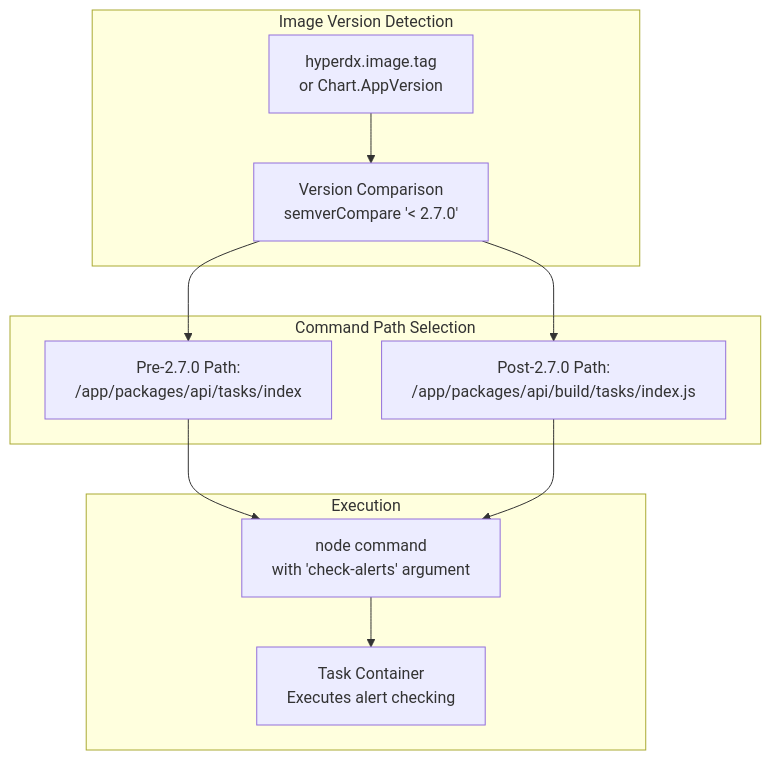
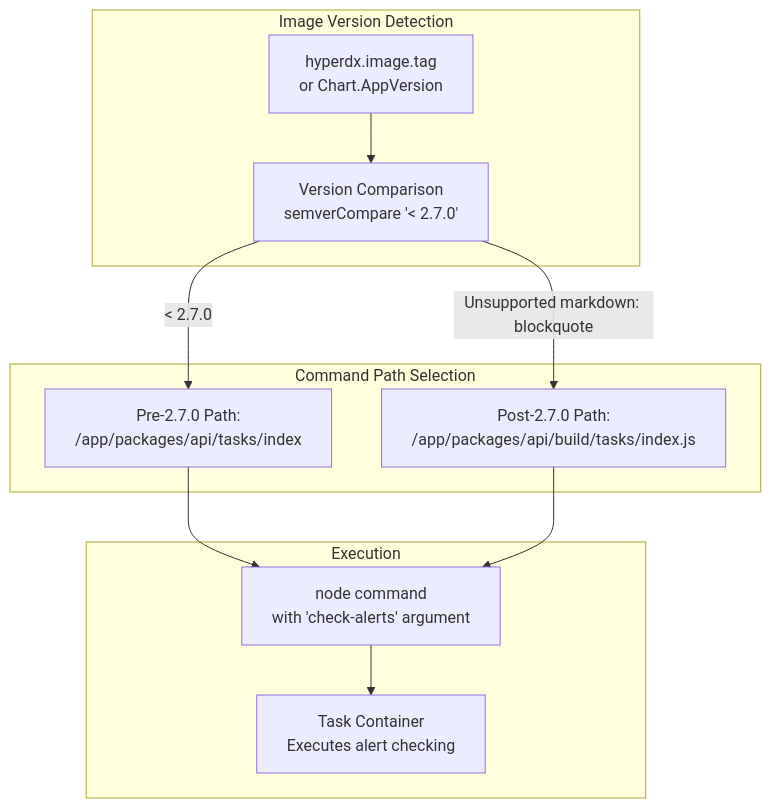
The second of 4 diagrams in docs/hyperdxio-helm-charts-docs/Scheduled-Tasks-Configuration.md (openchoreo/openchoreo), drawn with Mermaid before and after one commit. The commit also changed other lines of this file and 85 other files, not shown here.

Commit message:
feat: Add new workflow and specification templates, update Helm chart dependencies, and clarify documentation diagrams.

````diff
--- a/docs/hyperdxio-helm-charts-docs/Scheduled-Tasks-Configuration.md
+++ b/docs/hyperdxio-helm-charts-docs/Scheduled-Tasks-Configuration.md
@@ -152,32 +152,32 @@
 ```mermaid
 flowchart TD
 
 ImageTag["hyperdx.image.tag<br>or Chart.AppVersion"]
 VersionCheck["Version Comparison<br>semverCompare '< 2.7.0'"]
 PreESBuild["Pre-2.7.0 Path:<br>/app/packages/api/tasks/index"]
 PostESBuild["Post-2.7.0 Path:<br>/app/packages/api/build/tasks/index.js"]
 NodeCommand["node command<br>with 'check-alerts' argument"]
 TaskContainer["Task Container<br>Executes alert checking"]
 
-VersionCheck --> PreESBuild
-VersionCheck --> PostESBuild
+VersionCheck -->|"< 2.7.0"| PreESBuild
+VersionCheck -->|"Unsupported markdown: blockquote"| PostESBuild
 PreESBuild --> NodeCommand
 PostESBuild --> NodeCommand
 
 subgraph Execution ["Execution"]
     NodeCommand
     TaskContainer
     NodeCommand --> TaskContainer
 end
 
 subgraph subGraph1 ["Command Path Selection"]
     PreESBuild
     PostESBuild
 end
 
 subgraph subGraph0 ["Image Version Detection"]
     ImageTag
     VersionCheck
     ImageTag --> VersionCheck
 end
 ```
````
